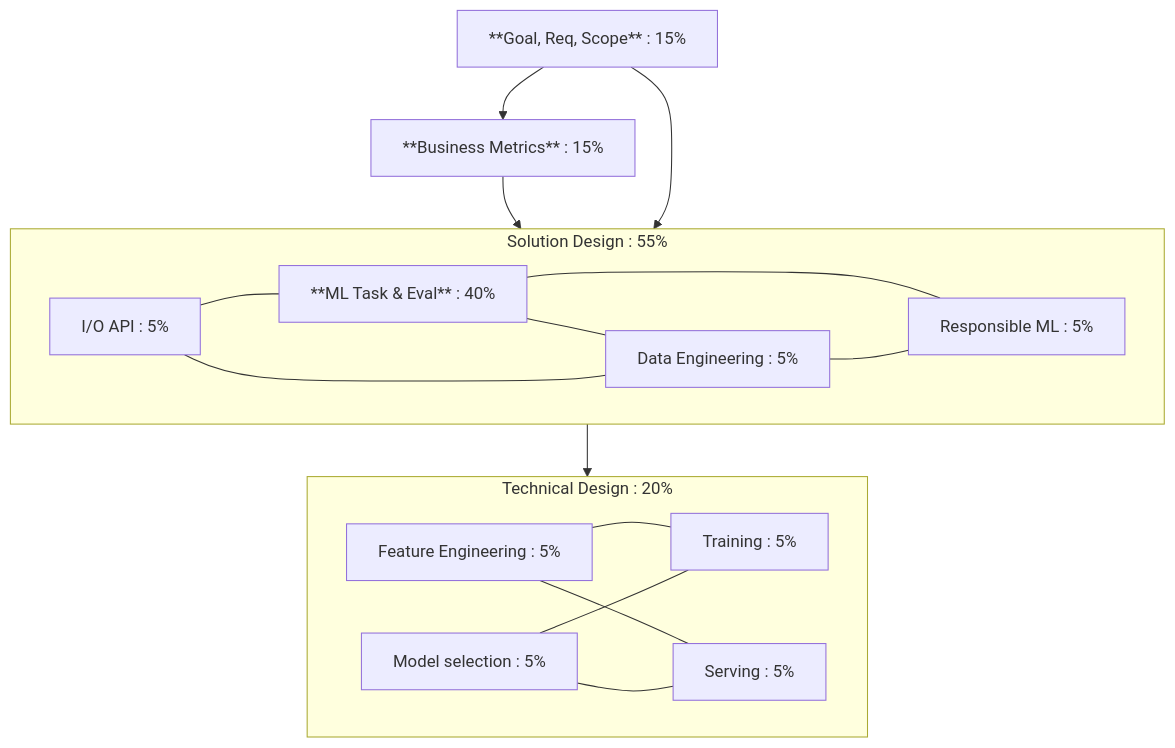
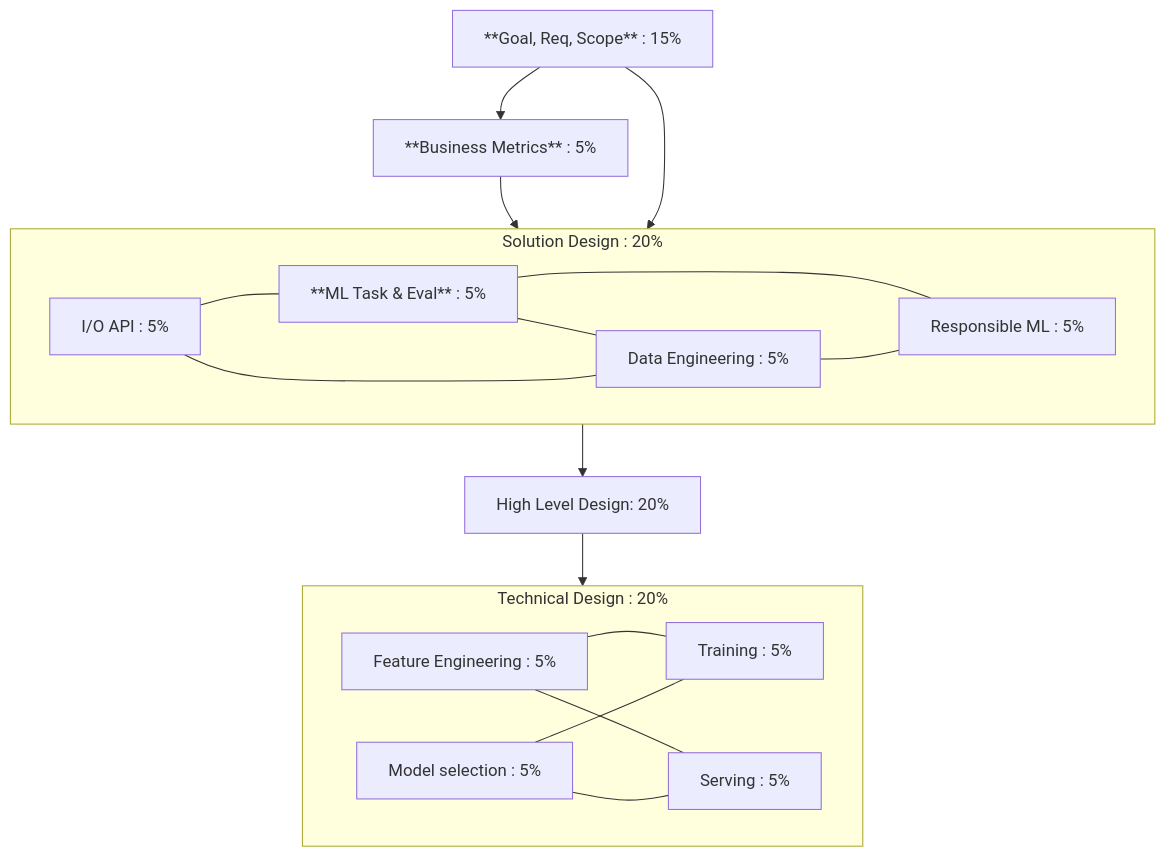
Before and after one commit to ptbdnr/ptbdnr: the first of 7 diagrams in ml_sys_design.md, drawn with Mermaid. The commit also changed other lines of this file, not shown here.

````diff
--- a/ml_sys_design.md
+++ b/ml_sys_design.md
@@ -14,30 +14,32 @@
 ```mermaid
 flowchart TD
     discover[**Goal, Req, Scope** : 15%]
-    b_metrics[**Business Metrics** : 15%]
-    subgraph sol_des[Solution Design : 55%]
+    b_metrics[**Business Metrics** : 5%]
+    subgraph sol_des[Solution Design : 20%]
         api[I/O API : 5%]
-        ml_task[**ML Task & Eval** : 40%]
+        ml_task[**ML Task & Eval** : 5%]
         data[Data Engineering : 5%]
         sec_by_des[Responsible ML : 5%]
     end
+    hld[High Level Design: 20%]
     subgraph tech_des[Technical Design : 20%]
         feat_eng[Feature Engineering : 5%]
         model[Model selection : 5%]
         train[Training : 5%]
         serve[Serving : 5%]
     end
 
     discover --> b_metrics
     b_metrics & discover --> sol_des
         ml_task --- data
         api --- ml_task
         api --- data
         ml_task --- sec_by_des
         data --- sec_by_des
-    sol_des --> tech_des
+    sol_des --> hld
+    hld --> tech_des
         feat_eng --- train
         feat_eng --- serve
         model --- train
         model --- serve
 ```
````
